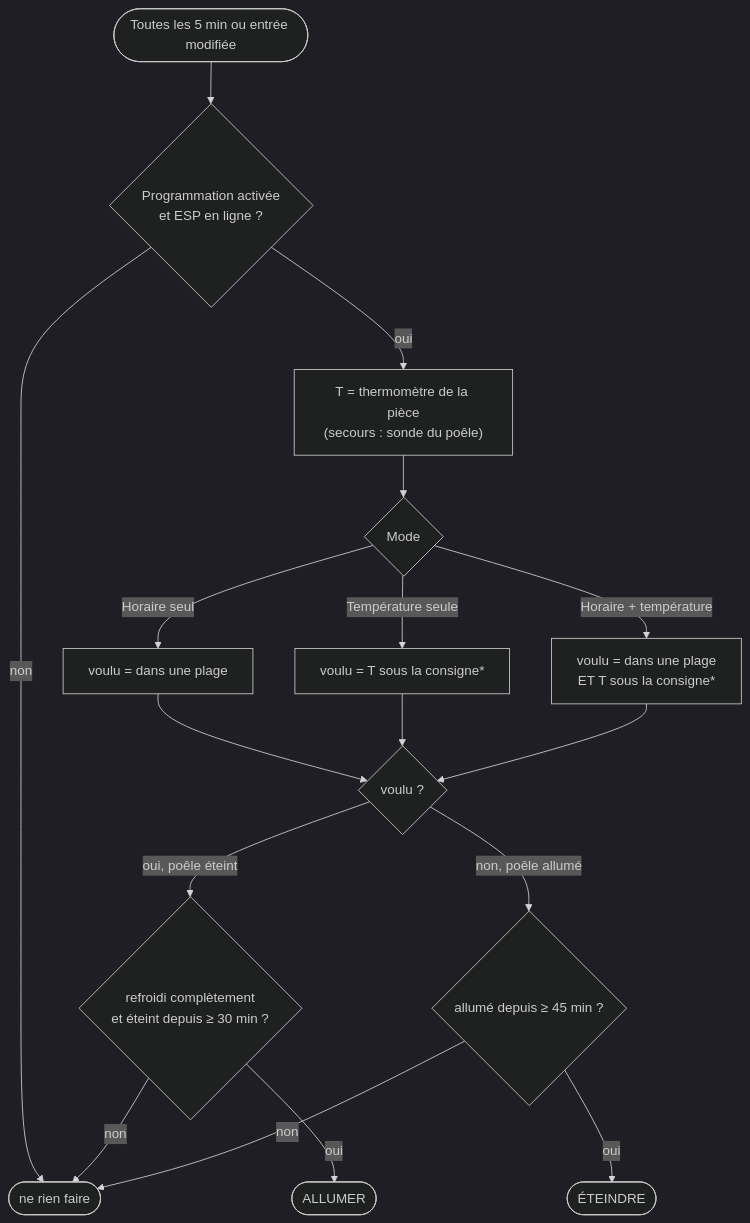
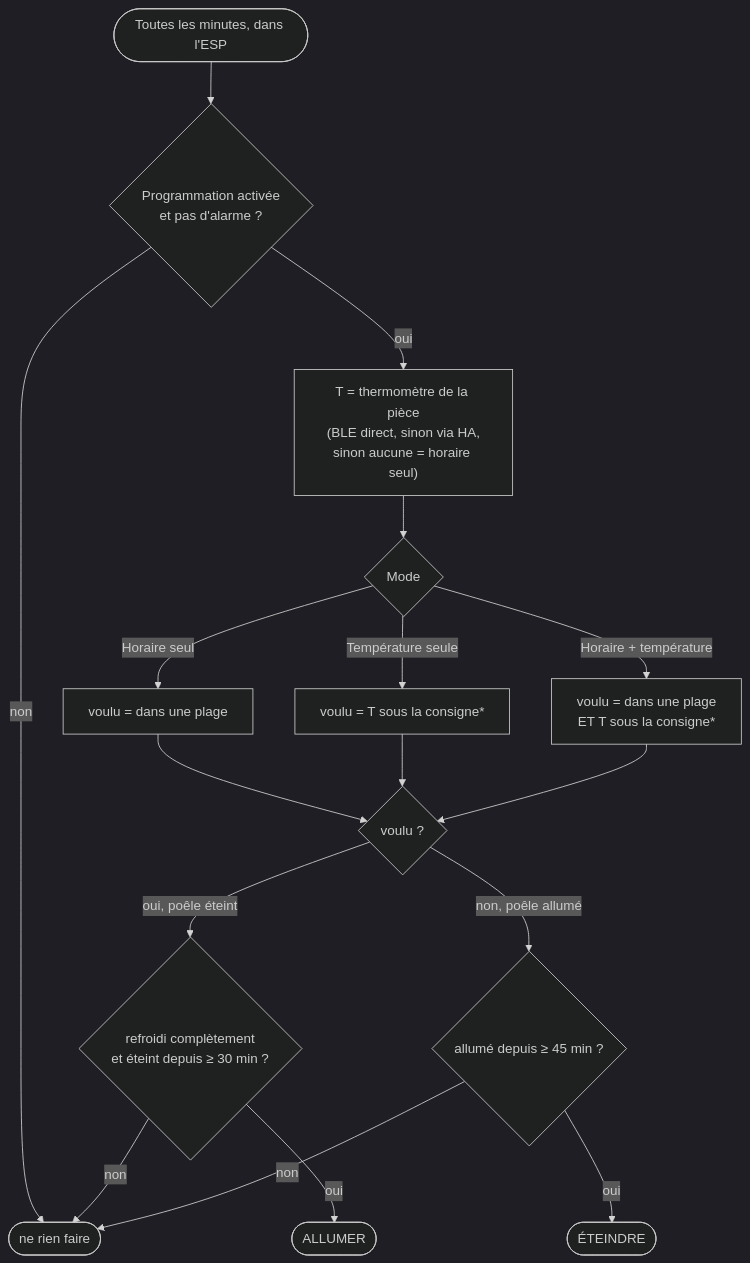
One commit to skribascode/Moretti-pellet-stove-esp32 changed the second of 2 diagrams in README.fr.md. Above: the diagram before and after it, drawn with Mermaid (dark theme). The commit also changed other lines of this file and 4 other files, not shown here.

````diff
--- a/README.fr.md
+++ b/README.fr.md
@@ -259,17 +262,17 @@
 ```mermaid
 flowchart TD
-    A([Toutes les 5 min ou entrée modifiée]) --> B{Programmation activée<br/>et ESP en ligne ?}
+    A([Toutes les minutes, dans l'ESP]) --> B{Programmation activée<br/>et pas d'alarme ?}
     B -- non --> Z([ne rien faire])
-    B -- oui --> C["T = thermomètre de la pièce<br/>(secours : sonde du poêle)"]
+    B -- oui --> C["T = thermomètre de la pièce<br/>(BLE direct, sinon via HA,<br/>sinon aucune = horaire seul)"]
     C --> D{Mode}
     D -- "Horaire seul" --> E["voulu = dans une plage"]
     D -- "Température seule" --> F["voulu = T sous la consigne*"]
     D -- "Horaire + température" --> G["voulu = dans une plage<br/>ET T sous la consigne*"]
     E & F & G --> H{voulu ?}
     H -- "oui, poêle éteint" --> I{"refroidi complètement<br/>et éteint depuis ≥ 30 min ?"}
     I -- oui --> ON([ALLUMER])
     I -- non --> Z
     H -- "non, poêle allumé" --> J{"allumé depuis ≥ 45 min ?"}
     J -- oui --> OFF([ÉTEINDRE])
     J -- non --> Z
 ```
````
